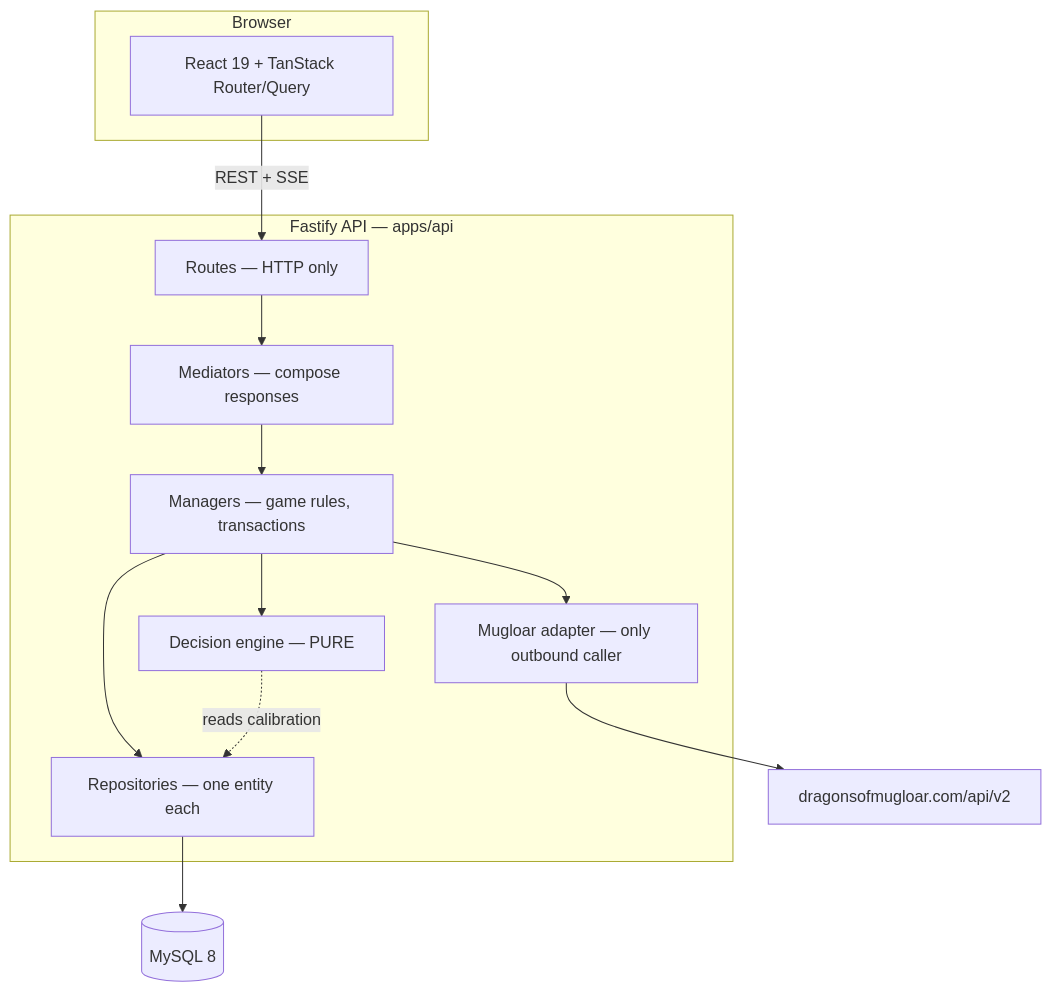
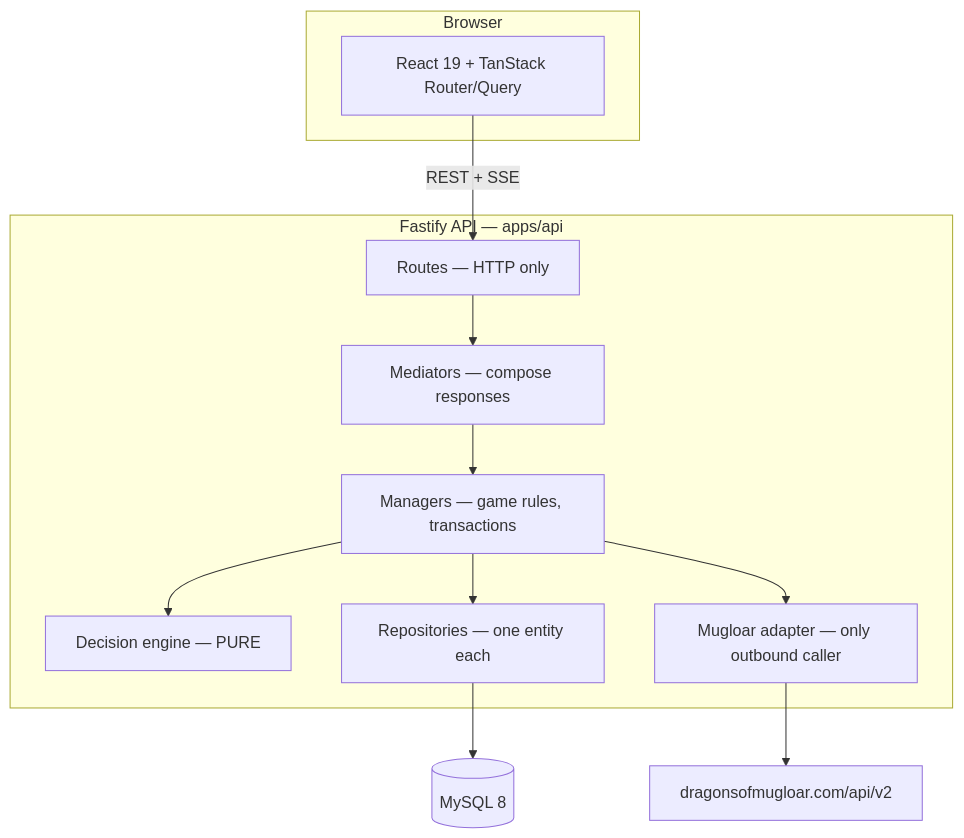
Before and after one commit to eazygood/dragons_game: the diagram in docs/agent_docs/architecture.md, drawn with Mermaid. The commit also changed other lines of this file and 15 other files, not shown here.

````diff
--- a/docs/agent_docs/architecture.md
+++ b/docs/agent_docs/architecture.md
@@ -8,25 +8,24 @@
 ```mermaid
 flowchart TB
     subgraph browser["Browser"]
         UI["React 19 + TanStack Router/Query"]
     end
 
     subgraph api["Fastify API — apps/api"]
         R["Routes — HTTP only"]
         MED["Mediators — compose responses"]
         MAN["Managers — game rules, transactions"]
         ENG["Decision engine — PURE"]
         REPO["Repositories — one entity each"]
         ADP["Mugloar adapter — only outbound caller"]
     end
 
     DB[("MySQL 8")]
     EXT["dragonsofmugloar.com/api/v2"]
 
     UI -->|"REST + SSE"| R
     R --> MED --> MAN
     MAN --> ENG
     MAN --> REPO --> DB
     MAN --> ADP --> EXT
-    ENG -.->|"reads calibration"| REPO
 ```
````
